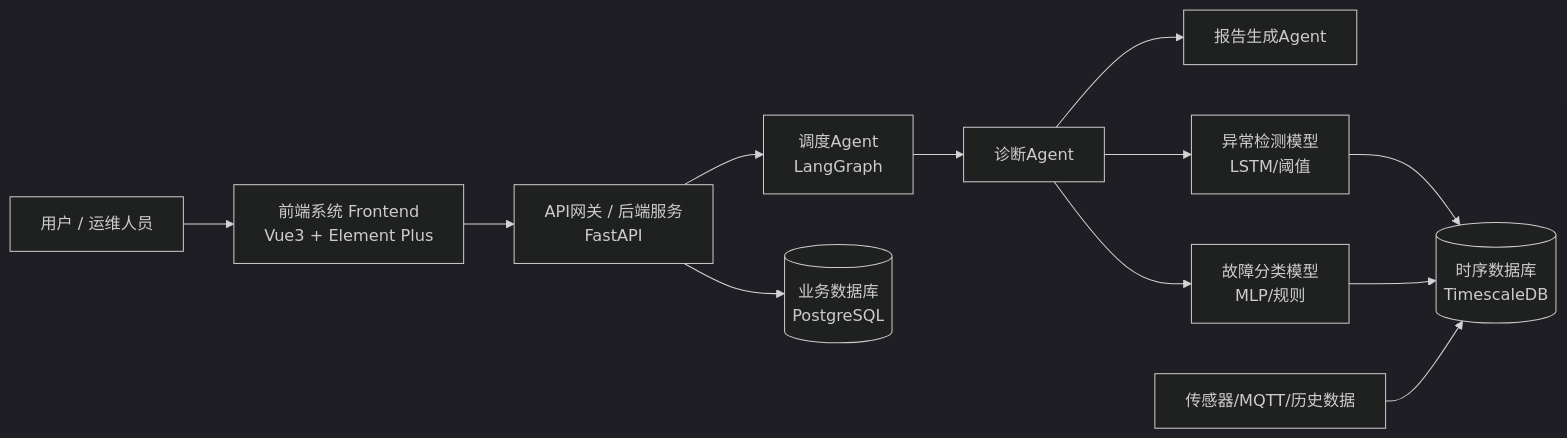
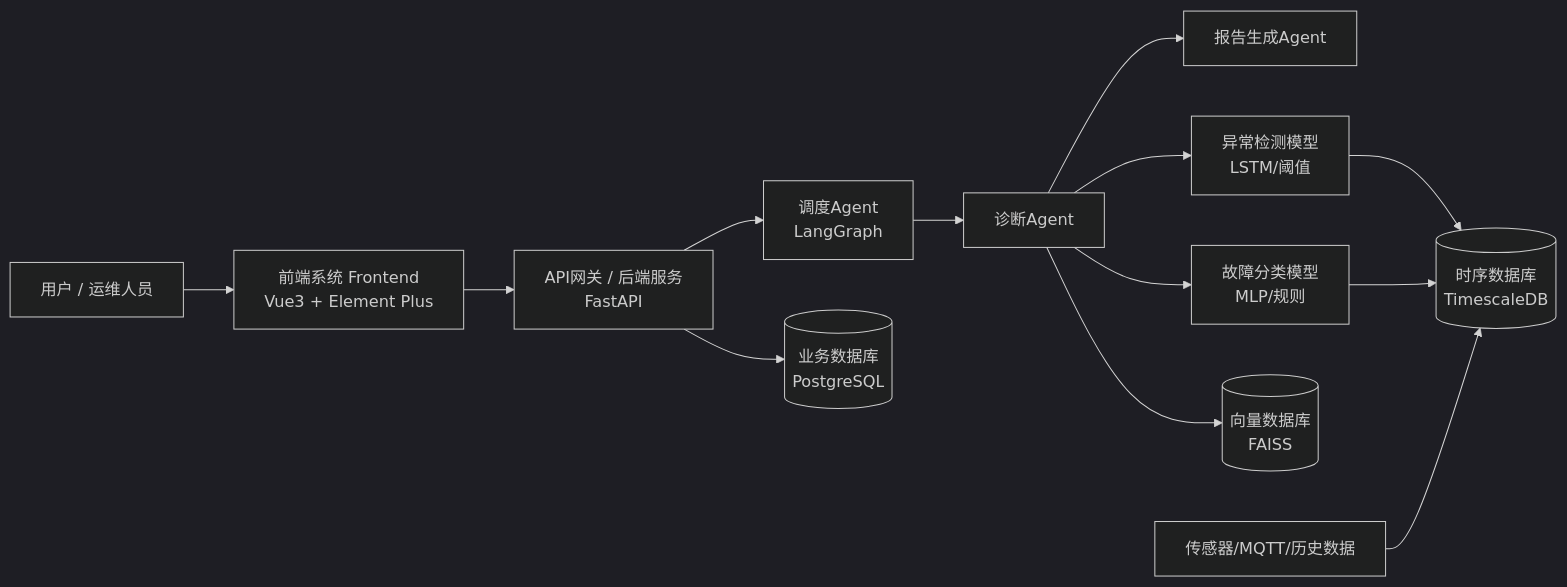
The diagram in docs/architecture.md (3594350059syx-droid/power_agent), drawn with Mermaid (dark theme) before and after one commit.

````diff
--- a/docs/architecture.md
+++ b/docs/architecture.md
@@ -6,44 +6,46 @@
   ```mermaid
   flowchart LR
 
   %% ========== 用户层 ==========
   U[用户 / 运维人员]
   F[前端系统 Frontend<br/>Vue3 + Element Plus]
 
   %% ========== 接口层 ==========
   API[API网关 / 后端服务<br/>FastAPI]
 
   %% ========== Agent层 ==========
   A1[调度Agent<br/>LangGraph]
   A2[诊断Agent]
   A3[报告生成Agent]
 
   %% ========== 算法层 =======1===
   M1[异常检测模型<br/>LSTM/阈值]
   M2[故障分类模型<br/>MLP/规则]
 
   %% ========== 数据层 ==========
   DB1[(时序数据库<br/>TimescaleDB)]
   DB2[(业务数据库<br/>PostgreSQL)]
+  DB3[(向量数据库<br/>FAISS)]
 
   %% ========== 数据源 ==========
   DS[传感器/MQTT/历史数据]
 
   %% ========== 连接关系 ==========
   U --> F
   F --> API
 
   API --> A1
   A1 --> A2
   A2 --> A3
 
   A2 --> M1
   A2 --> M2
+  A2 --> DB3
 
   M1 --> DB1
   M2 --> DB1
 
   API --> DB2
 
   DS --> DB1
   ```
````
